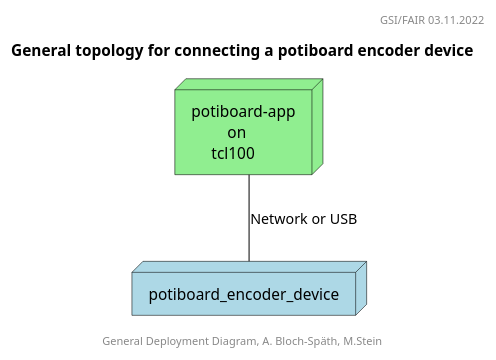
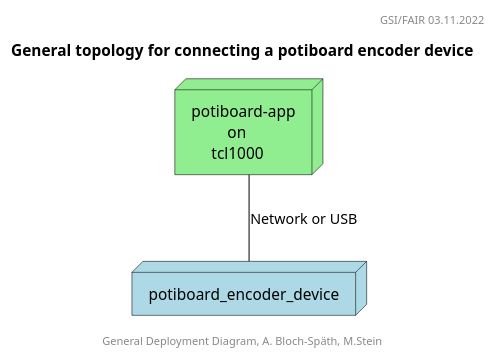
One commit to steinmartin/encoder-positions-docs changed the diagram in plantuml/general-topology.puml. Above: the diagram before and after it, drawn with PlantUML. The commit also changed 8 other files, not shown here.

```diff
--- a/plantuml/general-topology.puml
+++ b/plantuml/general-topology.puml
@@ -1,15 +1,15 @@
 @startuml
 
 header GSI/FAIR 03.11.2022
 footer General Deployment Diagram, A. Bloch-Späth, M.Stein
 title General topology for connecting a potiboard encoder device
 
 ' legend top right
 '   ARM-based MC Teensy 4.1 (Arduino) or STM32
 ' endlegend
 
-node tcl100 as "potiboard-app\n         on\n     tcl100" #lightgreen;line:black;text:black
+node tcl1000 as "potiboard-app\n         on\n     tcl1000" #lightgreen;line:black;text:black
 node potiboard_encoder_device #lightblue;line:black;text:black
-tcl100 -- potiboard_encoder_device : Network or USB
+tcl1000 -- potiboard_encoder_device : Network or USB
 
 @enduml
```
